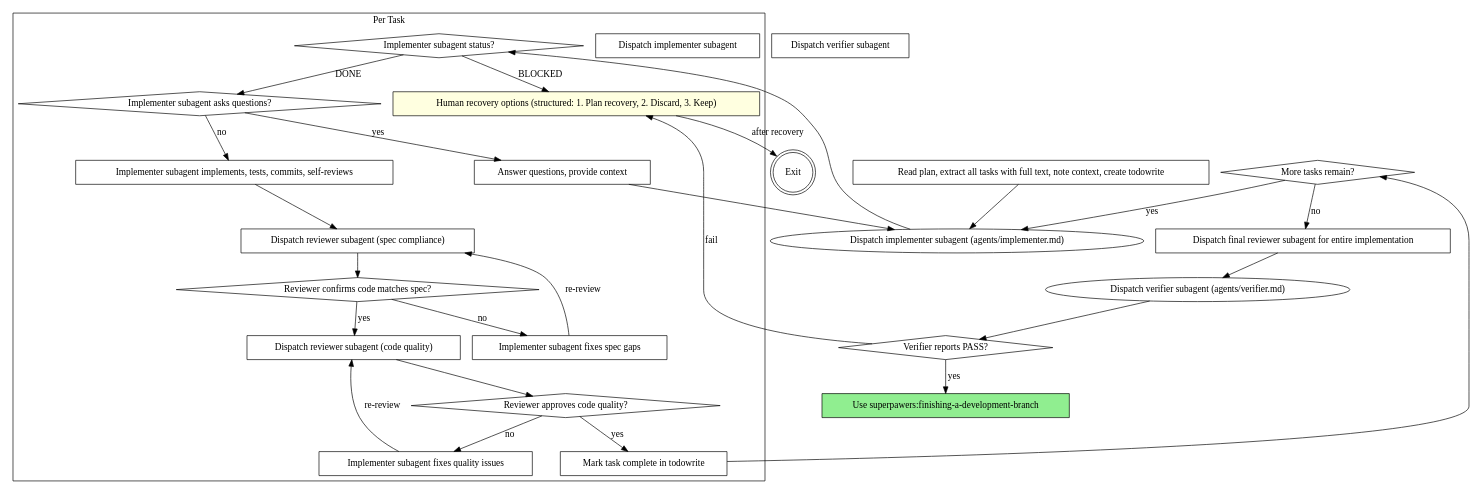
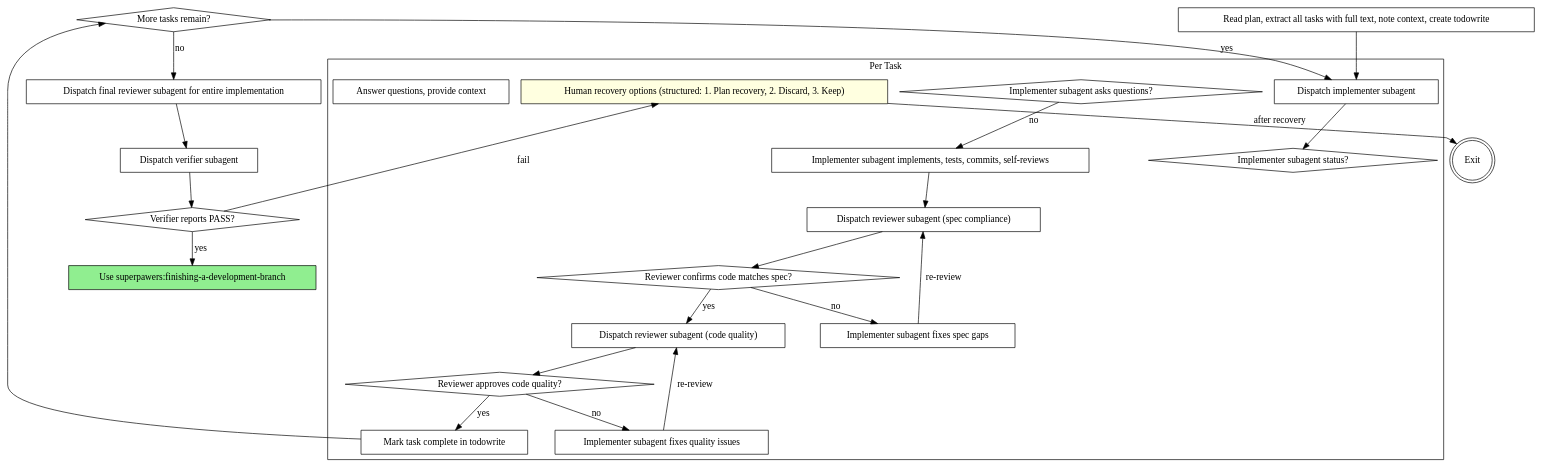
The second of 2 diagrams in skills/subagent-driven-development/SKILL.md (BubbleBuffer/superpawers), drawn with Graphviz before and after one commit. The commit also changed other lines of this file and 36 other files, not shown here.

````diff
--- a/skills/subagent-driven-development/SKILL.md
+++ b/skills/subagent-driven-development/SKILL.md
@@ -34,56 +34,52 @@
 ```dot
 digraph process {
     rankdir=TB;
 
     subgraph cluster_per_task {
         label="Per Task";
         "Dispatch implementer subagent" [shape=box];
         "Implementer subagent status?" [shape=diamond];
         "Human recovery options (structured: 1. Plan recovery, 2. Discard, 3. Keep)" [shape=box style=filled fillcolor=lightyellow];
         "Implementer subagent asks questions?" [shape=diamond];
         "Answer questions, provide context" [shape=box];
         "Implementer subagent implements, tests, commits, self-reviews" [shape=box];
         "Dispatch reviewer subagent (spec compliance)" [shape=box];
         "Reviewer confirms code matches spec?" [shape=diamond];
         "Implementer subagent fixes spec gaps" [shape=box];
         "Dispatch reviewer subagent (code quality)" [shape=box];
         "Reviewer approves code quality?" [shape=diamond];
         "Implementer subagent fixes quality issues" [shape=box];
         "Mark task complete in todowrite" [shape=box];
     }
 
     "Read plan, extract all tasks with full text, note context, create todowrite" [shape=box];
     "More tasks remain?" [shape=diamond];
     "Dispatch final reviewer subagent for entire implementation" [shape=box];
     "Dispatch verifier subagent" [shape=box];
     "Verifier reports PASS?" [shape=diamond];
     "Use superpawers:finishing-a-development-branch" [shape=box style=filled fillcolor=lightgreen];
     "Human recovery options (structured: 1. Plan recovery, 2. Discard, 3. Keep)" [shape=box style=filled fillcolor=lightyellow];
     "Exit" [shape=doublecircle];
 
-    "Read plan, extract all tasks with full text, note context, create todowrite" -> "Dispatch implementer subagent (agents/implementer.md)";
-    "Dispatch implementer subagent (agents/implementer.md)" -> "Implementer subagent status?";
-    "Implementer subagent status?" -> "Human recovery options (structured: 1. Plan recovery, 2. Discard, 3. Keep)" [label="BLOCKED"];
-    "Implementer subagent status?" -> "Implementer subagent asks questions?" [label="DONE"];
-    "Implementer subagent asks questions?" -> "Answer questions, provide context" [label="yes"];
-    "Answer questions, provide context" -> "Dispatch implementer subagent (agents/implementer.md)";
+    "Read plan, extract all tasks with full text, note context, create todowrite" -> "Dispatch implementer subagent";
+    "Dispatch implementer subagent" -> "Implementer subagent status?";
     "Implementer subagent asks questions?" -> "Implementer subagent implements, tests, commits, self-reviews" [label="no"];
     "Implementer subagent implements, tests, commits, self-reviews" -> "Dispatch reviewer subagent (spec compliance)";
     "Dispatch reviewer subagent (spec compliance)" -> "Reviewer confirms code matches spec?";
     "Reviewer confirms code matches spec?" -> "Implementer subagent fixes spec gaps" [label="no"];
     "Implementer subagent fixes spec gaps" -> "Dispatch reviewer subagent (spec compliance)" [label="re-review"];
     "Reviewer confirms code matches spec?" -> "Dispatch reviewer subagent (code quality)" [label="yes"];
     "Dispatch reviewer subagent (code quality)" -> "Reviewer approves code quality?";
     "Reviewer approves code quality?" -> "Implementer subagent fixes quality issues" [label="no"];
     "Implementer subagent fixes quality issues" -> "Dispatch reviewer subagent (code quality)" [label="re-review"];
     "Reviewer approves code quality?" -> "Mark task complete in todowrite" [label="yes"];
     "Mark task complete in todowrite" -> "More tasks remain?";
-    "More tasks remain?" -> "Dispatch implementer subagent (agents/implementer.md)" [label="yes"];
+    "More tasks remain?" -> "Dispatch implementer subagent" [label="yes"];
     "More tasks remain?" -> "Dispatch final reviewer subagent for entire implementation" [label="no"];
-    "Dispatch final reviewer subagent for entire implementation" -> "Dispatch verifier subagent (agents/verifier.md)";
-    "Dispatch verifier subagent (agents/verifier.md)" -> "Verifier reports PASS?";
+    "Dispatch final reviewer subagent for entire implementation" -> "Dispatch verifier subagent";
+    "Dispatch verifier subagent" -> "Verifier reports PASS?";
     "Verifier reports PASS?" -> "Use superpawers:finishing-a-development-branch" [label="yes"];
     "Verifier reports PASS?" -> "Human recovery options (structured: 1. Plan recovery, 2. Discard, 3. Keep)" [label="fail"];
     "Human recovery options (structured: 1. Plan recovery, 2. Discard, 3. Keep)" -> "Exit" [label="after recovery"];
 }
 ```
````
